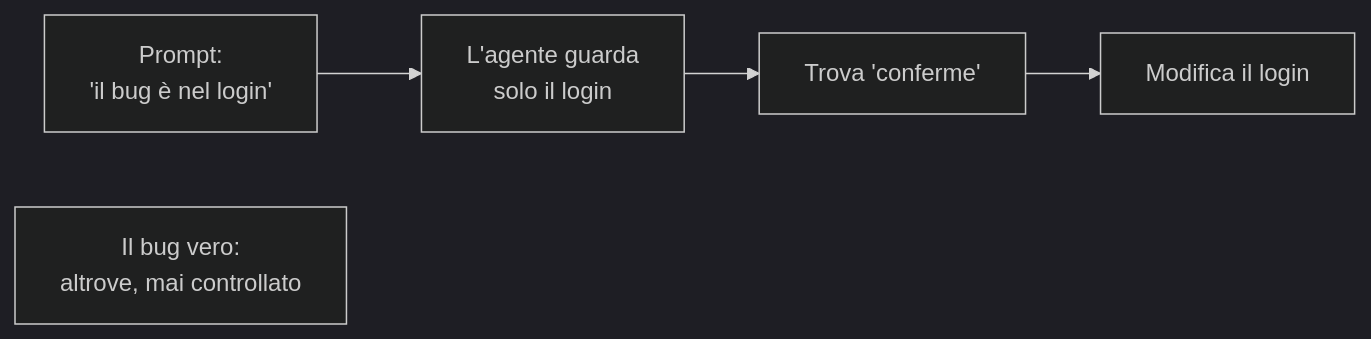
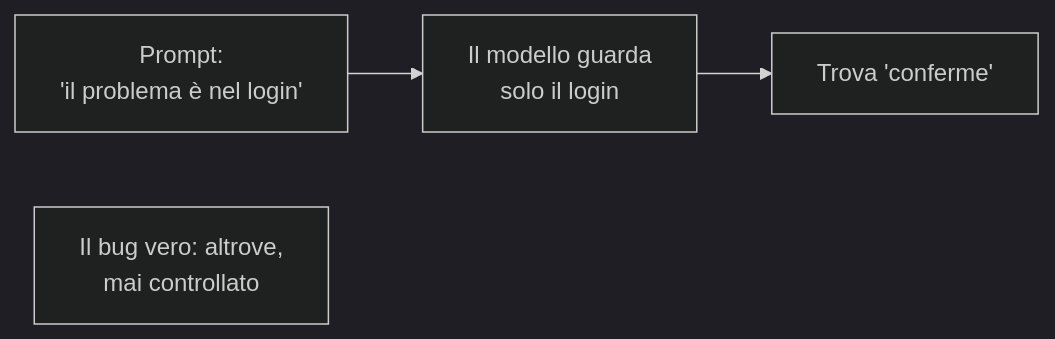
The fifth of 6 diagrams in slides/slides.md (janmaru/ai-agentic), drawn with Mermaid (dark theme) before and after one commit. The commit also changed other lines of this file and 1 other file, not shown here.

````diff
--- a/slides/slides.md
+++ b/slides/slides.md
@@ -268,7 +307,6 @@
 ```mermaid
 flowchart LR
-    P["Prompt:<br/>'il bug è nel login'"] --> G[L'agente guarda<br/>solo il login]
+    P["Prompt:<br/>'il problema è nel login'"] --> G[Il modello guarda<br/>solo il login]
     G --> C[Trova 'conferme']
-    C --> F[Modifica il login]
-    B[Il bug vero:<br/>altrove, mai controllato]
+    B[Il bug vero: altrove,<br/>mai controllato]
 ```
````
